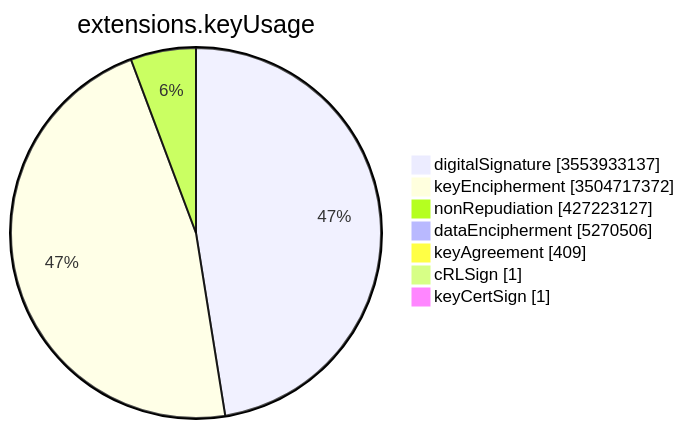
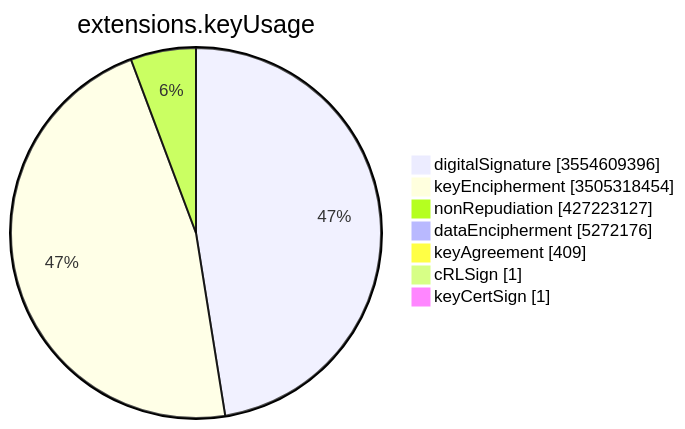
Before and after one commit to christiankrug/ctmonitor_visualization: the sixth of 15 diagrams in TOTAL/README.md, drawn with Mermaid. The commit also changed other lines of this file, not shown here.

````diff
--- a/TOTAL/README.md
+++ b/TOTAL/README.md
@@ -3083,11 +3083,11 @@
 ```mermaid
 pie showData
 title extensions.keyUsage
-"digitalSignature" :3553933137
-"keyEncipherment" :3504717372
+"digitalSignature" :3554609396
+"keyEncipherment" :3505318454
 "nonRepudiation" :427223127
-"dataEncipherment" :5270506
+"dataEncipherment" :5272176
 "keyAgreement" :409
 "cRLSign" :1
 "keyCertSign" :1
 ```
````
